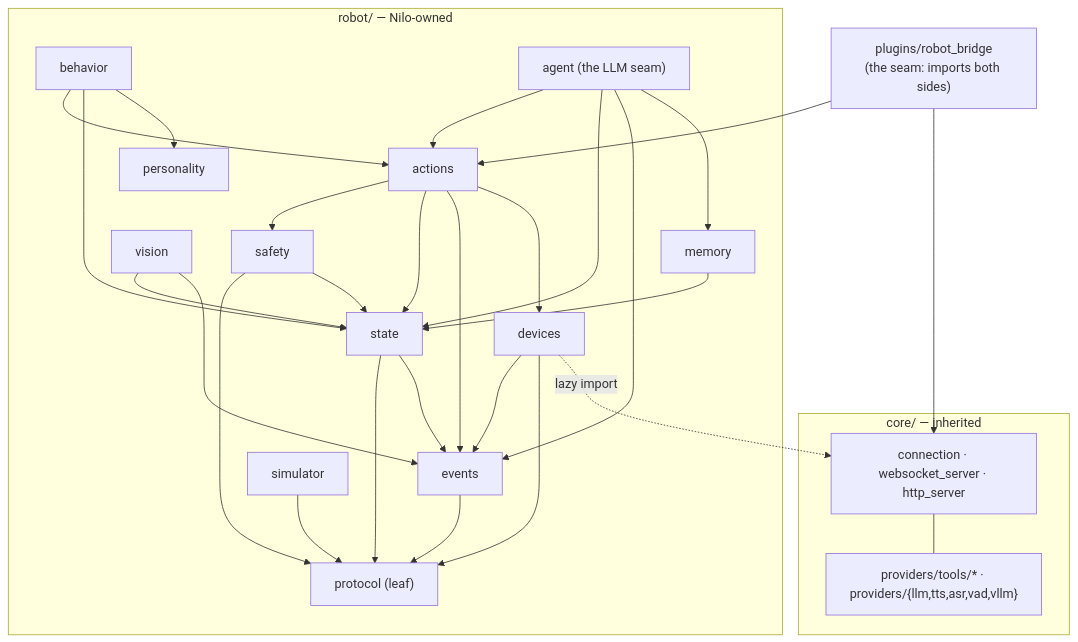
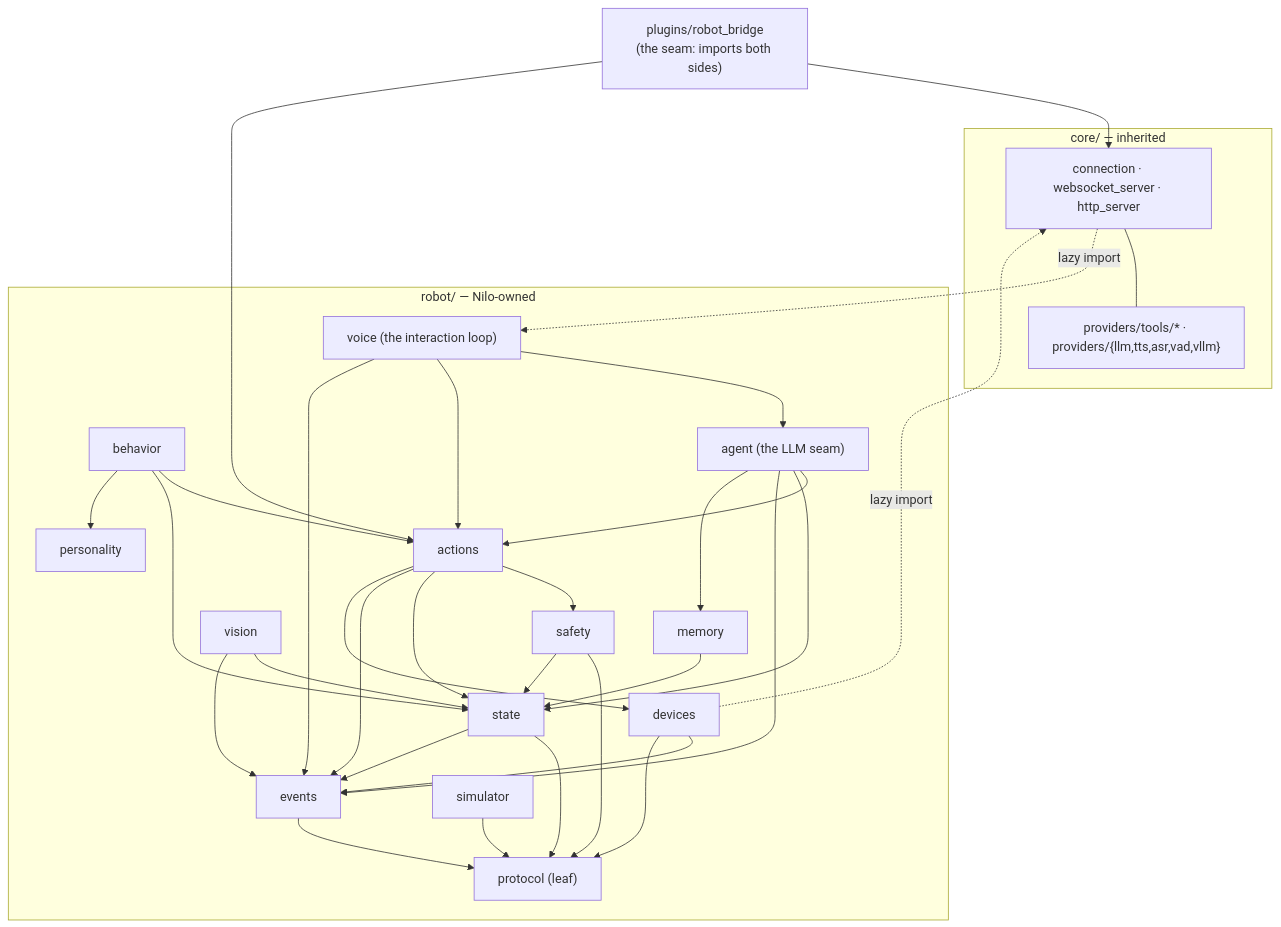
One commit to AA-Box/Nilo changed the fourth of 4 diagrams in docs/robot-architecture.md. Above: the diagram before and after it, drawn with Mermaid. The commit also changed other lines of this file and 22 other files, not shown here.

````diff
--- a/docs/robot-architecture.md
+++ b/docs/robot-architecture.md
@@ -586,34 +586,37 @@
 ```mermaid
 flowchart TB
     BR["plugins/robot_bridge<br/>(the seam: imports both sides)"]
     subgraph coreside["core/ — inherited"]
         CH["connection · websocket_server · http_server"]
         TOOLS["providers/tools/* · providers/{llm,tts,asr,vad,vllm}"]
     end
     subgraph robotside["robot/ — Nilo-owned"]
         PROTO["protocol (leaf)"]
         EV["events"]
         ST["state"]
         SAF["safety"]
         ACT["actions"]
         BEH["behavior"]
         PERS["personality"]
         VIS["vision"]
         MEM["memory"]
         DEV["devices"]
         SIM["simulator"]
         AG["agent (the LLM seam)"]
+        VO["voice (the interaction loop)"]
     end
     BR --> CH & ACT
     CH --- TOOLS
     EV & SAF & SIM --> PROTO
     ST --> PROTO & EV
     SAF --> ST
     ACT --> SAF & ST & EV & DEV
     BEH --> ACT & ST & PERS
     VIS --> ST & EV
     MEM --> ST
     AG --> ACT & ST & EV & MEM
+    VO --> AG & ACT & EV
+    CH -. "lazy import" .-> VO
     DEV --> EV & PROTO
     DEV -. "lazy import" .-> CH
 ```
````
